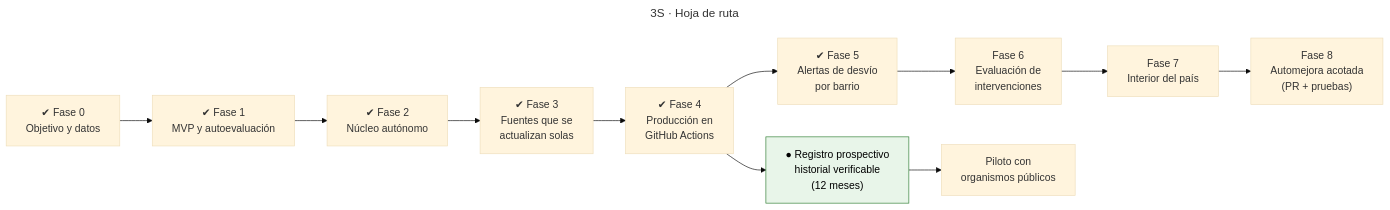
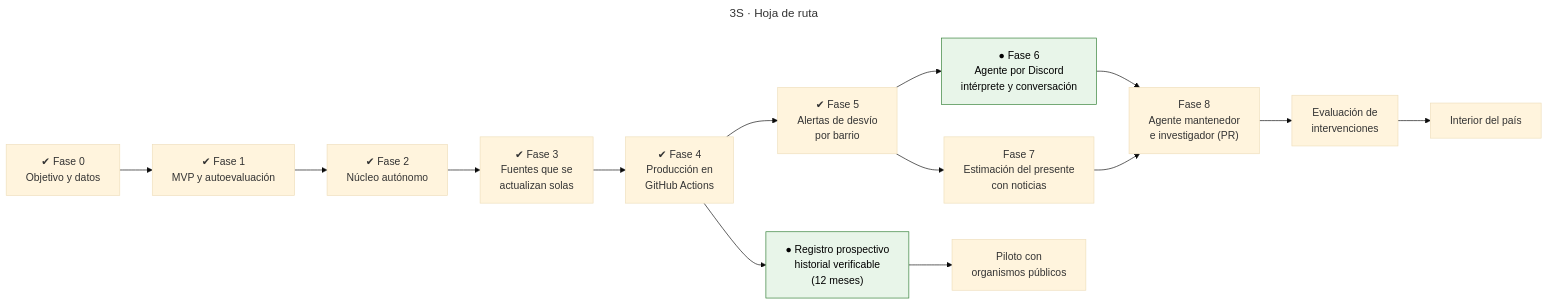
The diagram in documentacion/diagramas/04_hoja_de_ruta.mmd (lbenenatia/3s-self-sustained-system), drawn with Mermaid (base theme) before and after one commit. The commit also changed 30 other files, not shown here.

First line of the commit message:
Fase 6: agente por Discord (avisos, comandos y acciones con confirmación)

```diff
--- a/documentacion/diagramas/04_hoja_de_ruta.mmd
+++ b/documentacion/diagramas/04_hoja_de_ruta.mmd
@@ -1,12 +1,15 @@
 ---
 title: 3S · Hoja de ruta
 ---
 flowchart LR
     F0["✔ Fase 0<br/>Objetivo y datos"] --> F1["✔ Fase 1<br/>MVP y autoevaluación"] --> F2["✔ Fase 2<br/>Núcleo autónomo"] --> F3["✔ Fase 3<br/>Fuentes que se<br/>actualizan solas"] --> F4["✔ Fase 4<br/>Producción en<br/>GitHub Actions"]
     F4 --> RP["● Registro prospectivo<br/>historial verificable<br/>(12 meses)"]:::activo
     F4 --> F5["✔ Fase 5<br/>Alertas de desvío<br/>por barrio"]
-    F5 --> F6["Fase 6<br/>Evaluación de<br/>intervenciones"]
-    F6 --> F7["Fase 7<br/>Interior del país"]
-    F7 --> F8["Fase 8<br/>Automejora acotada<br/>(PR + pruebas)"]
+    F5 --> F6["● Fase 6<br/>Agente por Discord<br/>intérprete y conversación"]:::activo
+    F5 --> F7["Fase 7<br/>Estimación del presente<br/>con noticias"]
+    F6 --> F8["Fase 8<br/>Agente mantenedor<br/>e investigador (PR)"]
+    F7 --> F8
+    F8 --> EI["Evaluación de<br/>intervenciones"]
+    EI --> IN["Interior del país"]
     RP --> P["Piloto con<br/>organismos públicos"]
     classDef activo fill:#e8f5e9,stroke:#2e7d32,color:#000
```
